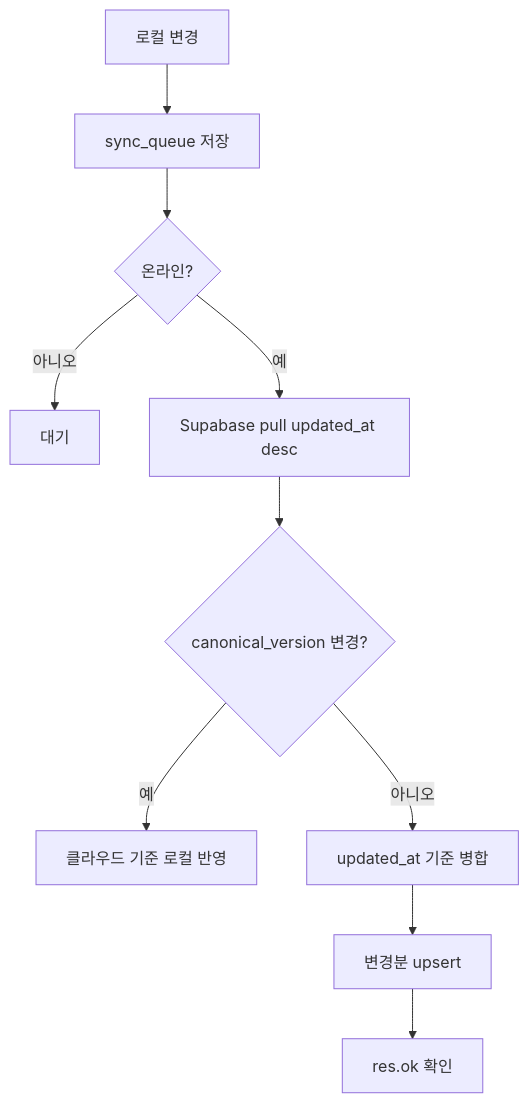
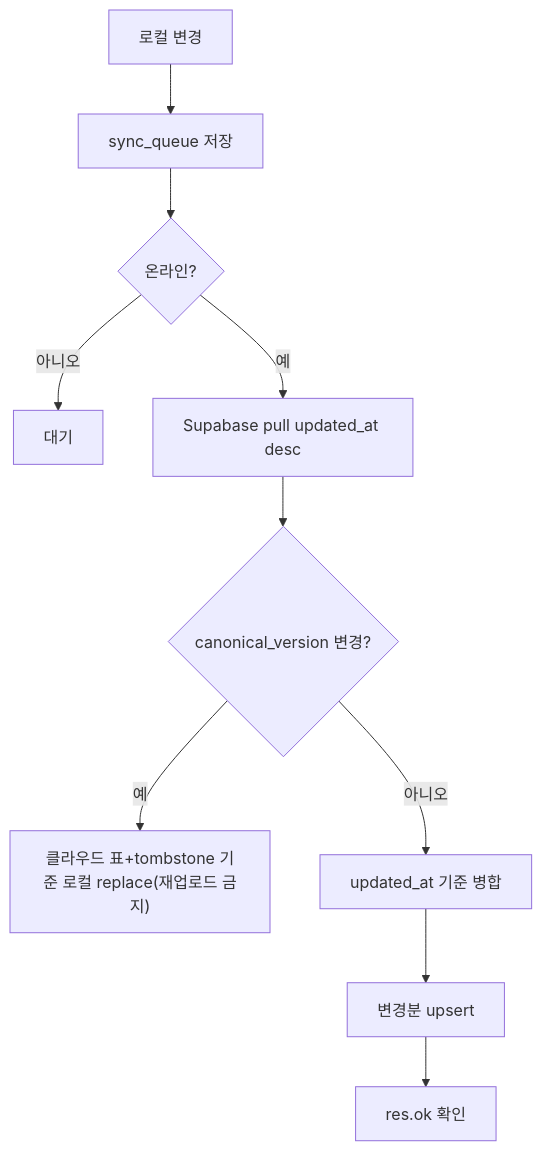
One commit to hanwha27-TDTU/Accounting_ledger changed the sixth of 6 diagrams in docs/accounting-ledger-v1-detailed-design.md. Above: the diagram before and after it, drawn with Mermaid. The commit also changed other lines of this file and 24 other files, not shown here.

````diff
--- a/docs/accounting-ledger-v1-detailed-design.md
+++ b/docs/accounting-ledger-v1-detailed-design.md
@@ -147,12 +147,12 @@
 ```mermaid
 flowchart TD
   A["로컬 변경"] --> B["sync_queue 저장"]
   B --> C{"온라인?"}
   C -->|아니오| D["대기"]
   C -->|예| E["Supabase pull updated_at desc"]
   E --> F{"canonical_version 변경?"}
-  F -->|예| G["클라우드 기준 로컬 반영"]
+  F -->|예| G["클라우드 표+tombstone 기준 로컬 replace(재업로드 금지)"]
   F -->|아니오| H["updated_at 기준 병합"]
   H --> I["변경분 upsert"]
   I --> J["res.ok 확인"]
 ```
````
